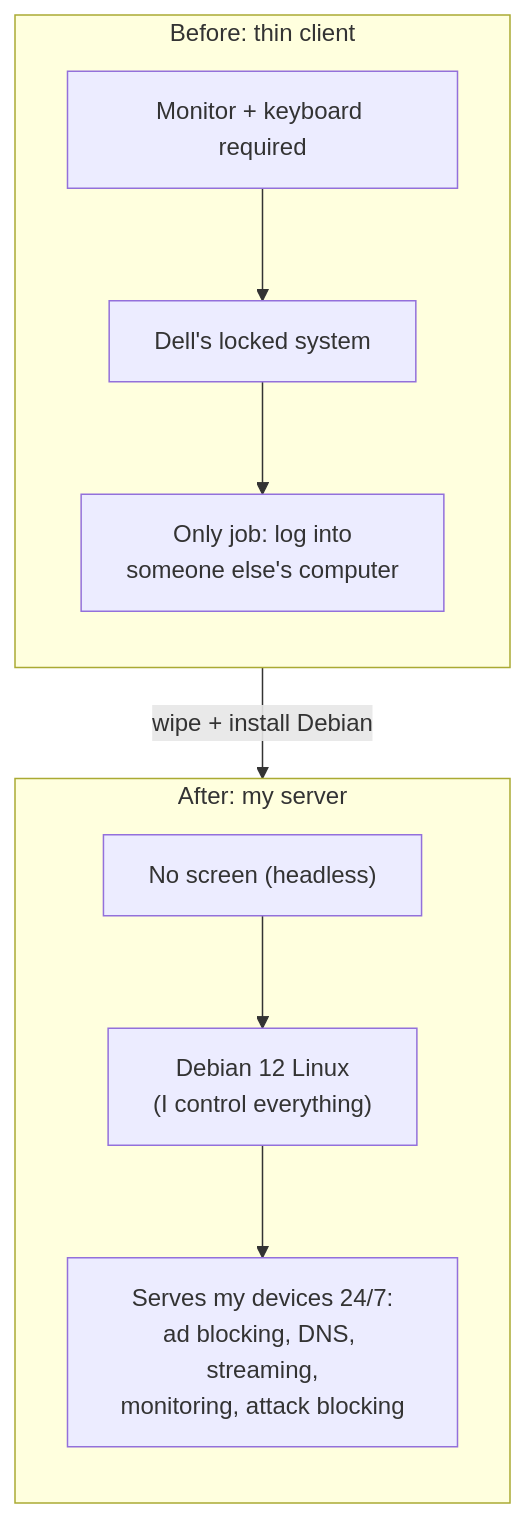
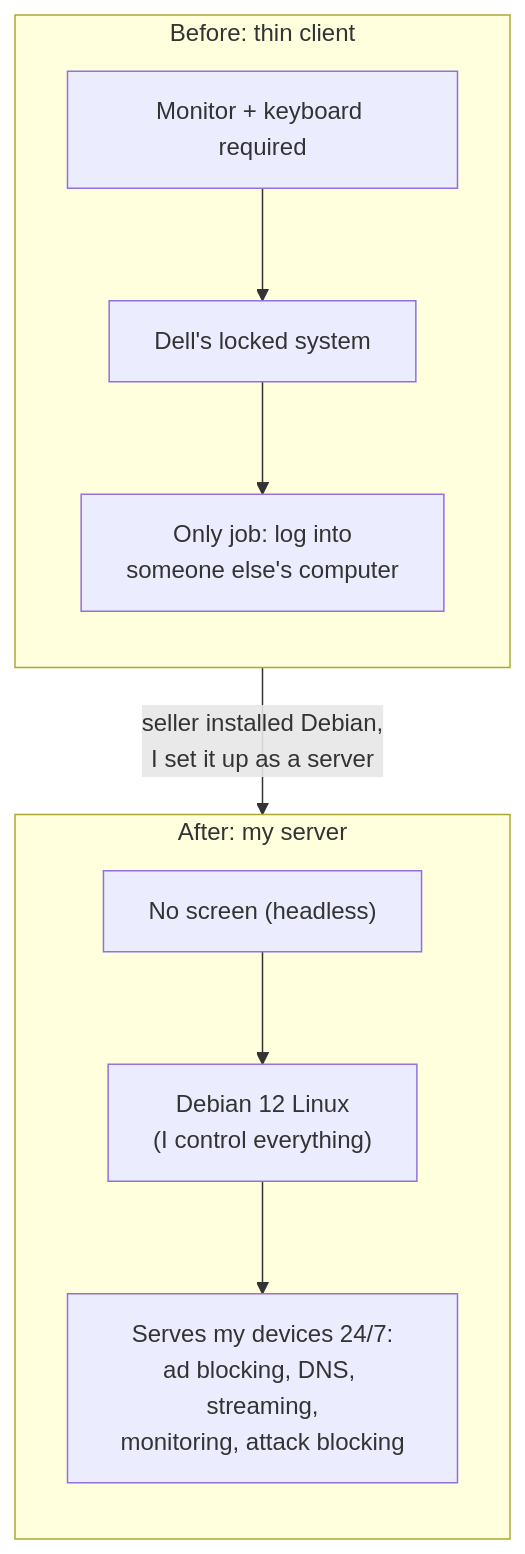
One commit to alonzogreen0304/Homelab changed the second of 3 diagrams in how-my-server-got-here.md. Above: the diagram before and after it, drawn with Mermaid. The commit also changed other lines of this file and 3 other files, not shown here.

First line of the commit message:
Add Audit Ready GRC game; Debian was pre-installed by seller (supply-chain note)

````diff
--- a/how-my-server-got-here.md
+++ b/how-my-server-got-here.md
@@ -27,14 +26,14 @@
 ```mermaid
 flowchart TB
     subgraph Before["Before: thin client"]
         direction TB
         B1["Monitor + keyboard required"] --> B2["Dell's locked system"]
         B2 --> B3["Only job: log into<br/>someone else's computer"]
     end
     subgraph After["After: my server"]
         direction TB
         A1["No screen (headless)"] --> A2["Debian 12 Linux<br/>(I control everything)"]
         A2 --> A3["Serves my devices 24/7:<br/>ad blocking, DNS, streaming,<br/>monitoring, attack blocking"]
     end
-    Before -->|"wipe + install Debian"| After
+    Before -->|"seller installed Debian,<br/>I set it up as a server"| After
 ```
````
